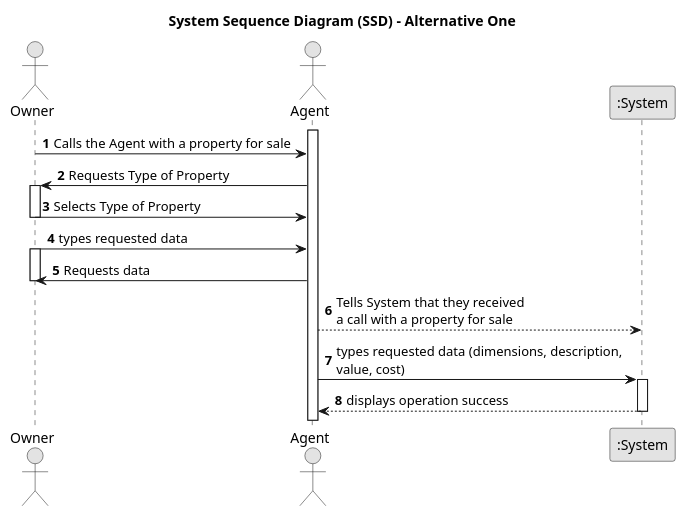
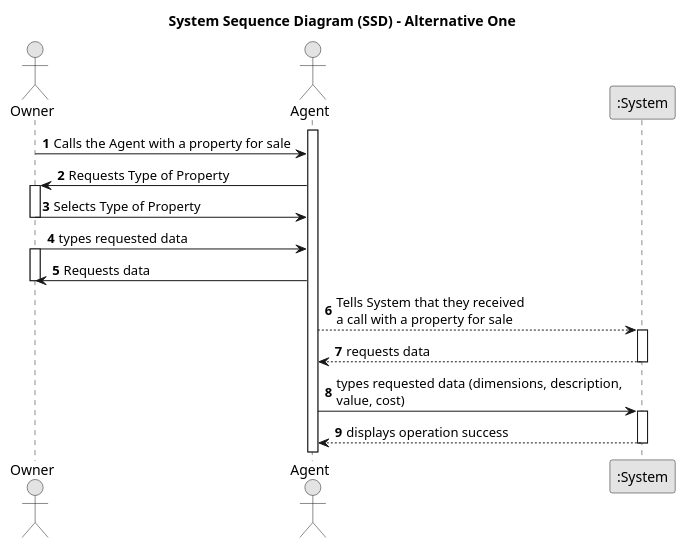
Before and after one commit to Goncalves2525/real-estate-management-system: the diagram in docs/sprintA/us002/01.requirements-engineering/puml/us002-system-sequence-diagram-alternative-one.puml, drawn with PlantUML. The commit also changed 1 other file, not shown here.

```diff
--- a/docs/sprintA/us002/01.requirements-engineering/puml/us002-system-sequence-diagram-alternative-one.puml
+++ b/docs/sprintA/us002/01.requirements-engineering/puml/us002-system-sequence-diagram-alternative-one.puml
@@ -1,42 +1,43 @@
 @startuml
 skinparam monochrome true
 skinparam packageStyle rectangle
 skinparam shadowing false
 
 title System Sequence Diagram (SSD) - Alternative One
 
 autonumber
 
 actor "Owner" as Owner
 actor "Agent" as Agent
 participant ":System" as System
 
 activate Agent
 
     Owner -> Agent : Calls the Agent with a property for sale
     'activate Agent
 
     Agent -> Owner : Requests Type of Property
     activate Owner
 
     Owner -> Agent : Selects Type of Property
     deactivate Owner
 
     Owner -> Agent : types requested data
     activate Owner
 
     Agent -> Owner : Requests data
     deactivate Owner
 
     Agent --> System : Tells System that they received \na call with a property for sale
+    activate System
 
-'    System --> Agent : requests data
-'    deactivate System
+    System --> Agent : requests data
+    deactivate System
 
     Agent -> System : types requested data (dimensions, description, \nvalue, cost)
     activate System
 
     System --> Agent : displays operation success
     deactivate System
 
 @enduml
```
